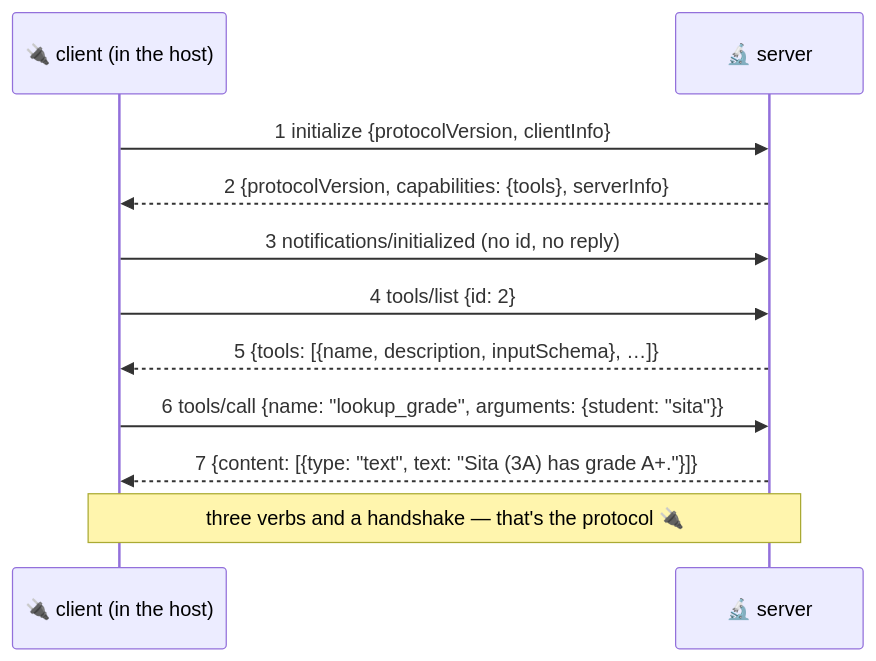
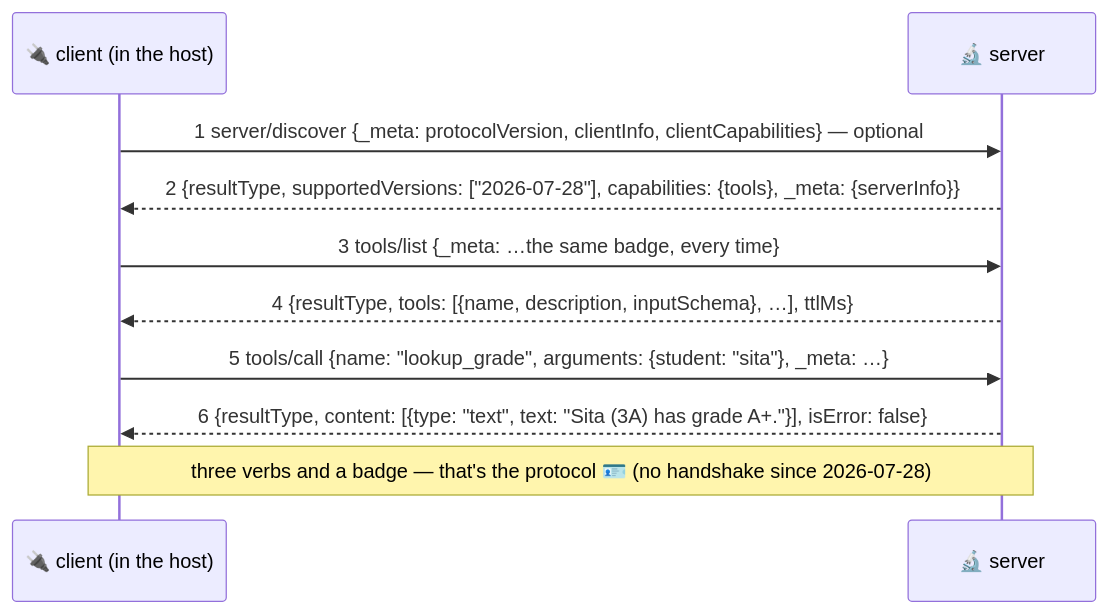
One commit to BaluRaut/learn-mcp-school changed the diagram in lessons/04-the-wire/README.md. Above: the diagram before and after it, drawn with Mermaid. The commit also changed other lines of this file and 5 other files, not shown here.

Commit message:
Protocol revision 2026-07-28: badge on every request, server/discover, no handshake; Streamable HTTP; recommended policies; local vs remote server; Verify/proved/mistakes/production; read-these-lines; drive sequences

````diff
--- a/lessons/04-the-wire/README.md
+++ b/lessons/04-the-wire/README.md
@@ -33,13 +42,12 @@
 ```mermaid
 sequenceDiagram
     participant H as 🔌 client (in the host)
     participant S as 🔬 server
-    H->>S: 1 initialize {protocolVersion, clientInfo}
-    S-->>H: 2 {protocolVersion, capabilities: {tools}, serverInfo}
-    H->>S: 3 notifications/initialized (no id, no reply)
-    H->>S: 4 tools/list {id: 2}
-    S-->>H: 5 {tools: [{name, description, inputSchema}, …]}
-    H->>S: 6 tools/call {name: "lookup_grade", arguments: {student: "sita"}}
-    S-->>H: 7 {content: [{type: "text", text: "Sita (3A) has grade A+."}]}
-    Note over H,S: three verbs and a handshake — that's the protocol 🔌
+    H->>S: 1 server/discover {_meta: protocolVersion, clientInfo, clientCapabilities} — optional
+    S-->>H: 2 {resultType, supportedVersions: ["2026-07-28"], capabilities: {tools}, _meta: {serverInfo}}
+    H->>S: 3 tools/list {_meta: …the same badge, every time}
+    S-->>H: 4 {resultType, tools: [{name, description, inputSchema}, …], ttlMs}
+    H->>S: 5 tools/call {name: "lookup_grade", arguments: {student: "sita"}, _meta: …}
+    S-->>H: 6 {resultType, content: [{type: "text", text: "Sita (3A) has grade A+."}], isError: false}
+    Note over H,S: three verbs and a badge — that's the protocol 🪪 (no handshake since 2026-07-28)
 ```
````
